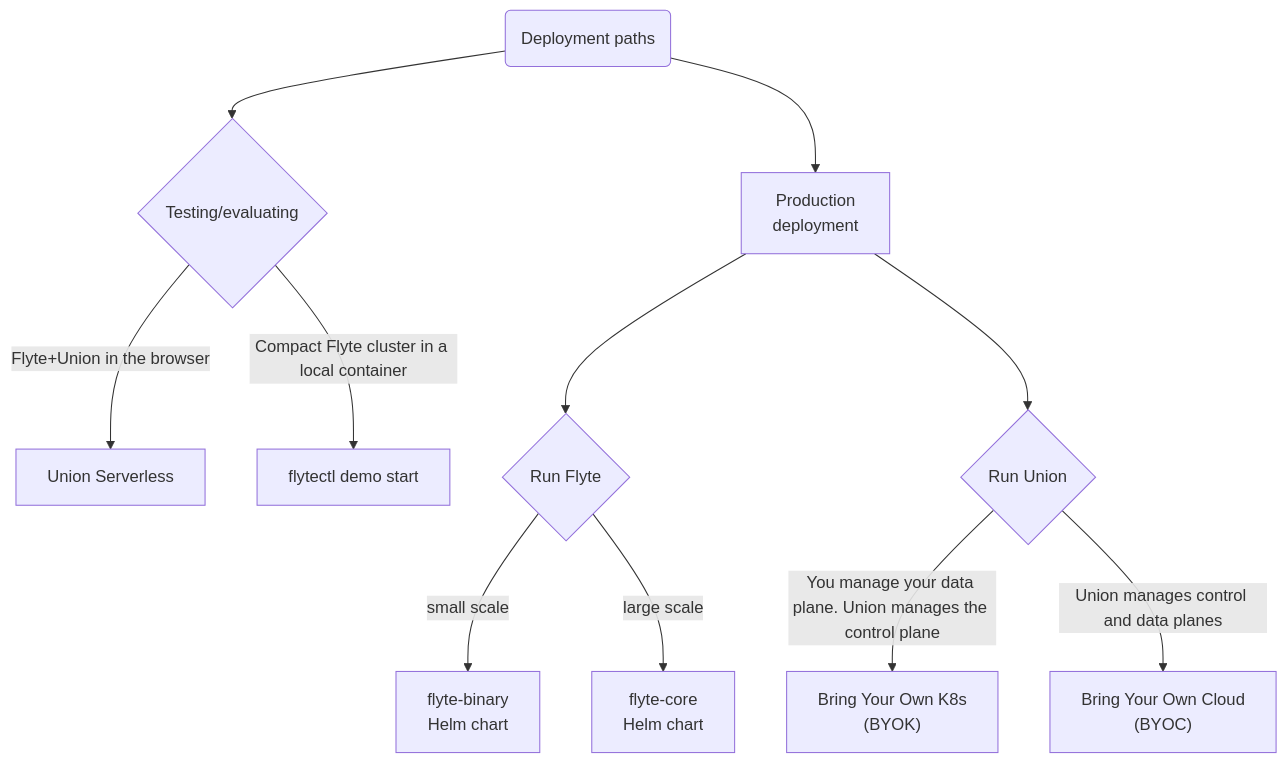
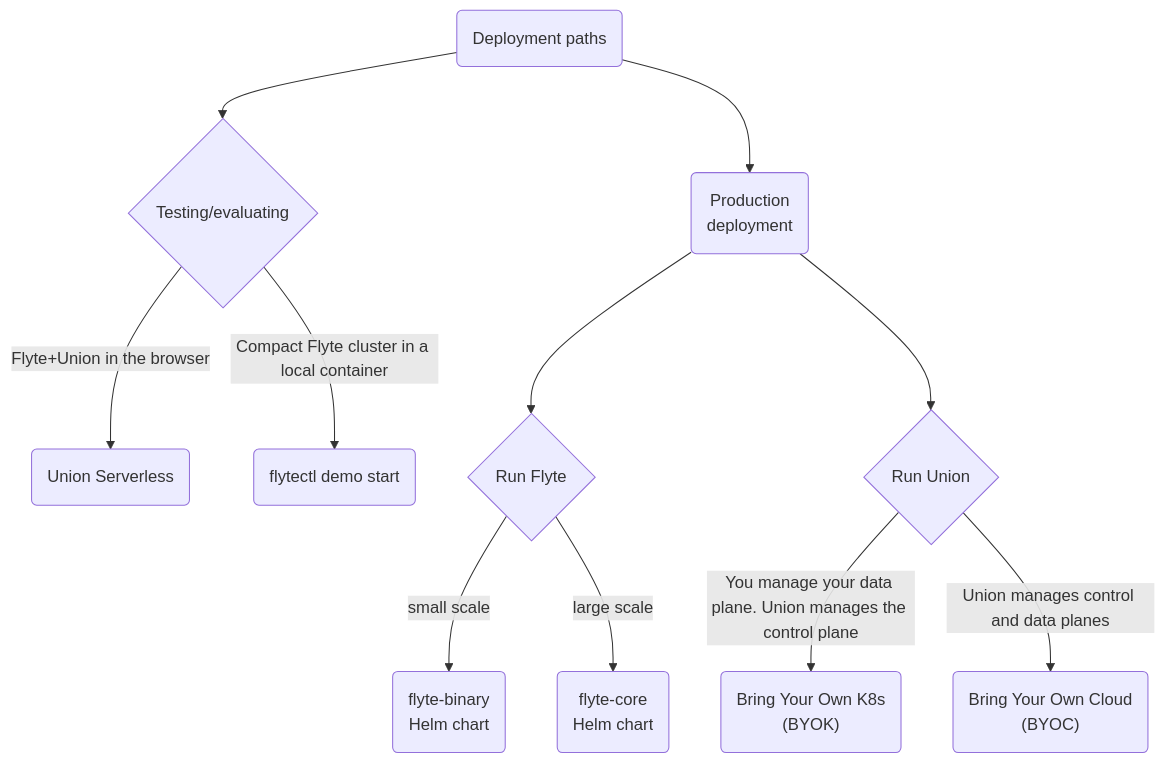
Before and after one commit to unionai/unionai-docs: the diagram in content/deployment/_index.md, drawn with Mermaid. The commit also changed 1 other file, not shown here.

Commit message:
Change mermaid theme to match union and use rounded shapes

````diff
--- a/content/deployment/_index.md
+++ b/content/deployment/_index.md
@@ -30,22 +30,22 @@
 ```mermaid
 flowchart TD
     A("Deployment paths") --> n1["Testing/evaluating"] & n4["Production <br>deployment"]
     n1 -- Flyte+Union in the browser --> n2["Union Serverless<br>"]
     n1 -- Compact Flyte cluster in a local container --> n3["flytectl demo start<br>"]
     n4 --> n5["Run Flyte"] & n8["Run Union"]
     n5 -- small scale --> n6["flyte-binary<br>Helm chart"]
     n5 -- large scale --> n7["flyte-core<br>Helm chart"]
     n8 -- "You manage your data plane. Union manages the control plane" --> n9["Bring Your Own K8s<br>(BYOK)"]
     n8 -- Union manages control and data planes --> n10["Bring Your Own Cloud<br>(BYOC)"]
 
     n1@{ shape: diam}
-    n4@{ shape: rect}
-    n2@{ shape: rect}
-    n3@{ shape: rect}
+    n4@{ shape: rounded}
+    n2@{ shape: rounded}
+    n3@{ shape: rounded}
     n5@{ shape: diam}
     n8@{ shape: diam}
-    n6@{ shape: rect}
-    n7@{ shape: rect}
-    n9@{ shape: rect}
-    n10@{ shape: rect}
+    n6@{ shape: rounded}
+    n7@{ shape: rounded}
+    n9@{ shape: rounded}
+    n10@{ shape: rounded}
 ```
````
